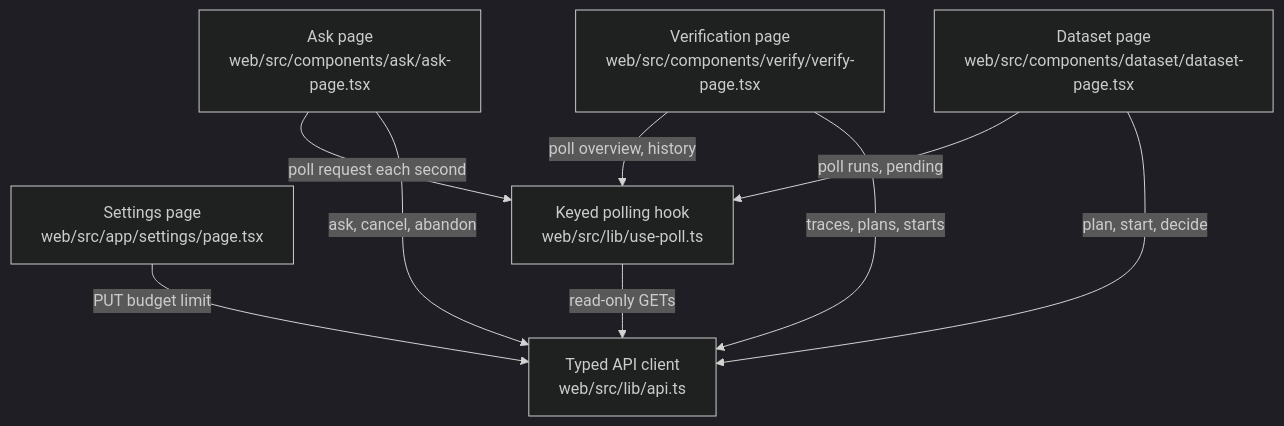
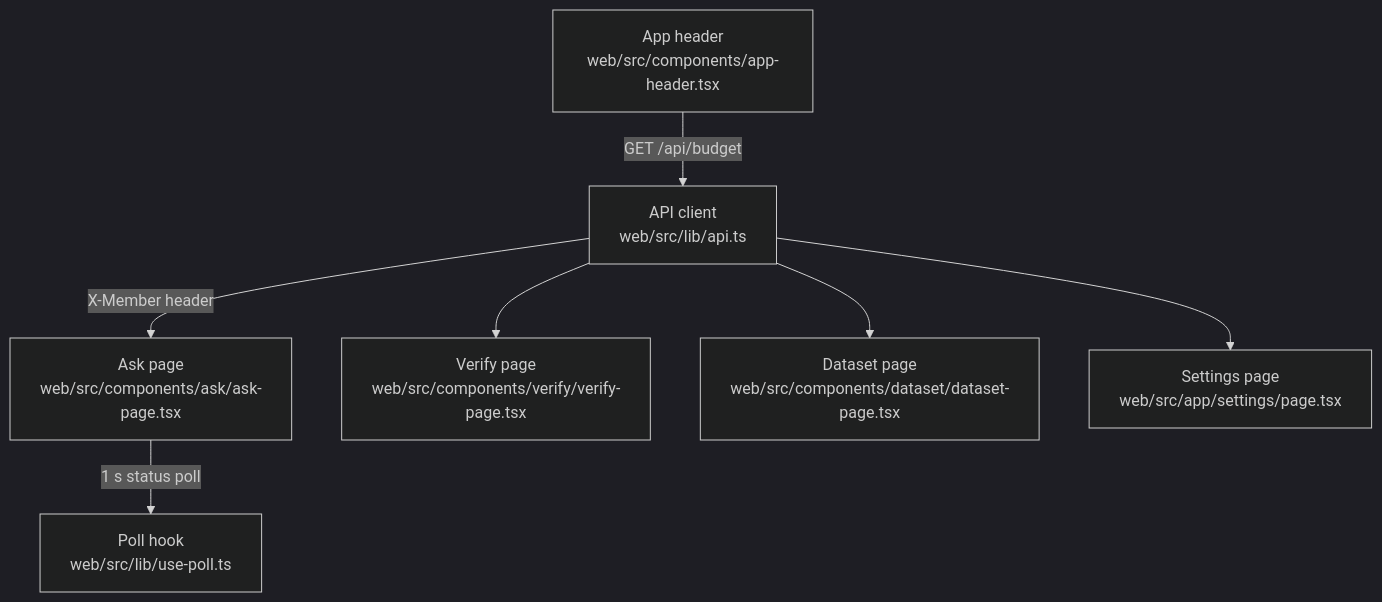
One commit to littleeeeebit/project-codeit-mid changed the diagram in .omm/overall-architecture/web-screens/diagram.mmd. Above: the diagram before and after it, drawn with Mermaid (dark theme). The commit also changed 373 other files, not shown here.

```diff
--- a/.omm/overall-architecture/web-screens/diagram.mmd
+++ b/.omm/overall-architecture/web-screens/diagram.mmd
@@ -1,15 +1,7 @@
 graph TD
-  ask_page["Ask page\nweb/src/components/ask/ask-page.tsx"]
-  verify_page["Verification page\nweb/src/components/verify/verify-page.tsx"]
-  dataset_page["Dataset page\nweb/src/components/dataset/dataset-page.tsx"]
-  settings_page["Settings page\nweb/src/app/settings/page.tsx"]
-  use_poll["Keyed polling hook\nweb/src/lib/use-poll.ts"]
-  api_client["Typed API client\nweb/src/lib/api.ts"]
-  ask_page -->|"poll request each second"| use_poll
-  verify_page -->|"poll overview, history"| use_poll
-  dataset_page -->|"poll runs, pending"| use_poll
-  use_poll -->|"read-only GETs"| api_client
-  ask_page -->|"ask, cancel, abandon"| api_client
-  verify_page -->|"traces, plans, starts"| api_client
-  dataset_page -->|"plan, start, decide"| api_client
-  settings_page -->|"PUT budget limit"| api_client
+  api-client["API client\nweb/src/lib/api.ts"] -->|"X-Member header"| ask-page["Ask page\nweb/src/components/ask/ask-page.tsx"]
+  api-client --> verify-page["Verify page\nweb/src/components/verify/verify-page.tsx"]
+  api-client --> dataset-page["Dataset page\nweb/src/components/dataset/dataset-page.tsx"]
+  api-client --> settings-page["Settings page\nweb/src/app/settings/page.tsx"]
+  app-header["App header\nweb/src/components/app-header.tsx"] -->|"GET /api/budget"| api-client
+  ask-page -->|"1 s status poll"| poll-hook["Poll hook\nweb/src/lib/use-poll.ts"]
```
